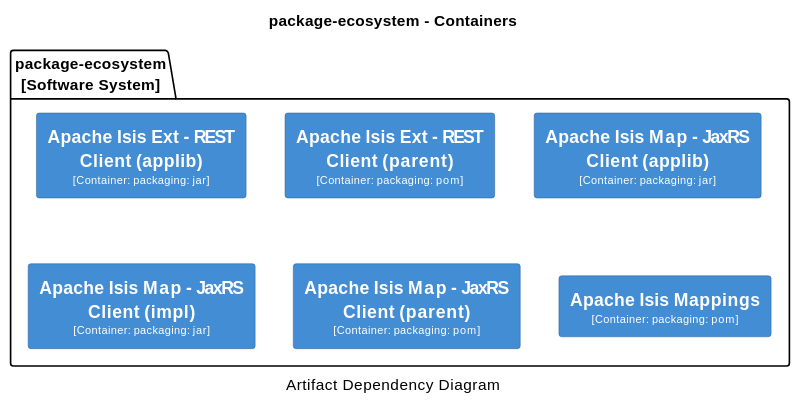
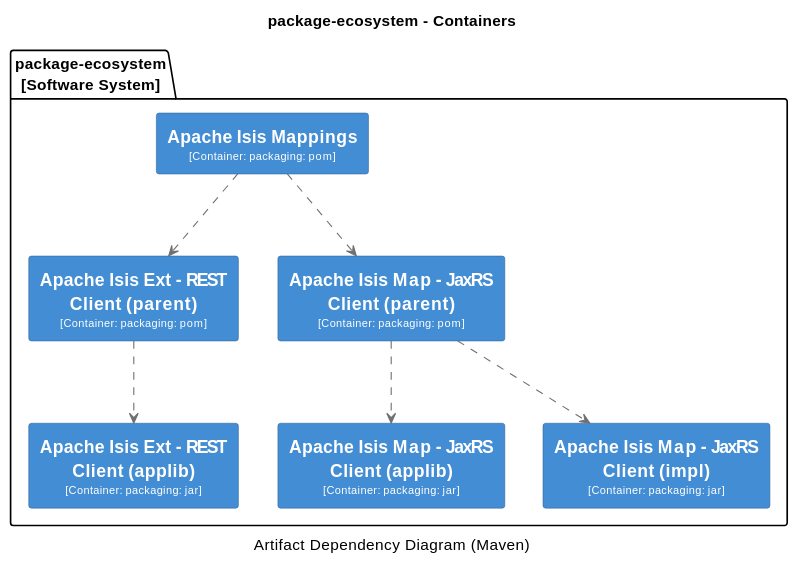
The sixth of 18 diagrams in antora/components/system/modules/ROOT/pages/about.adoc (apache/causeway), drawn with PlantUML before and after one commit. The commit also changed other lines of this file and 2 other files, not shown here.

Commit message:
ISIS-2437: add relations to c4 diagrams (System Overview)

```diff
--- a/antora/components/system/modules/ROOT/pages/about.adoc
+++ b/antora/components/system/modules/ROOT/pages/about.adoc
@@ -749,54 +766,59 @@
 [plantuml,Mappings,svg]
 ----
 @startuml(id=Mappings)
 title package-ecosystem - Containers
-caption Artifact Dependency Diagram
+caption Artifact Dependency Diagram (Maven)
 
 skinparam {
   shadowing false
   arrowFontSize 10
   defaultTextAlignment center
   wrapWidth 200
   maxMessageSize 100
 }
 hide stereotype
 skinparam rectangle<<2>> {
   BackgroundColor #438dd5
   FontColor #fffffe
   BorderColor #2E6295
 }
 skinparam rectangle<<3>> {
   BackgroundColor #438dd5
   FontColor #fffffe
   BorderColor #2E6295
 }
 skinparam rectangle<<4>> {
   BackgroundColor #438dd5
   FontColor #fffffe
   BorderColor #2E6295
 }
 skinparam rectangle<<5>> {
   BackgroundColor #438dd5
   FontColor #fffffe
   BorderColor #2E6295
 }
 skinparam rectangle<<6>> {
   BackgroundColor #438dd5
   FontColor #fffffe
   BorderColor #2E6295
 }
 skinparam rectangle<<7>> {
   BackgroundColor #438dd5
   FontColor #fffffe
   BorderColor #2E6295
 }
 package "package-ecosystem\n[Software System]" {
   rectangle "==Apache Isis Ext - REST Client (applib)\n<size:10>[Container: packaging: jar]</size>" <<7>> as 7
   rectangle "==Apache Isis Ext - REST Client (parent)\n<size:10>[Container: packaging: pom]</size>" <<6>> as 6
   rectangle "==Apache Isis Map - JaxRS Client (applib)\n<size:10>[Container: packaging: jar]</size>" <<4>> as 4
   rectangle "==Apache Isis Map - JaxRS Client (impl)\n<size:10>[Container: packaging: jar]</size>" <<5>> as 5
   rectangle "==Apache Isis Map - JaxRS Client (parent)\n<size:10>[Container: packaging: pom]</size>" <<3>> as 3
   rectangle "==Apache Isis Mappings\n<size:10>[Container: packaging: pom]</size>" <<2>> as 2
 }
+6 .[#707070].> 7 : ""
+3 .[#707070].> 4 : ""
+3 .[#707070].> 5 : ""
+2 .[#707070].> 6 : ""
+2 .[#707070].> 3 : ""
 @enduml
 ----
```
